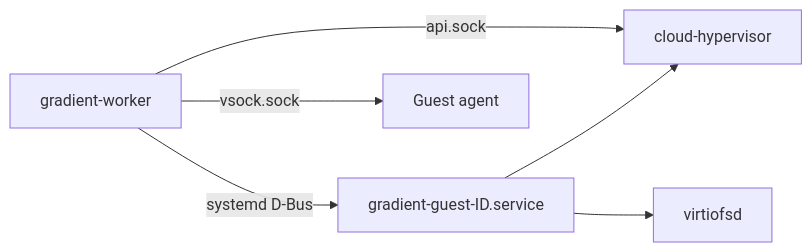
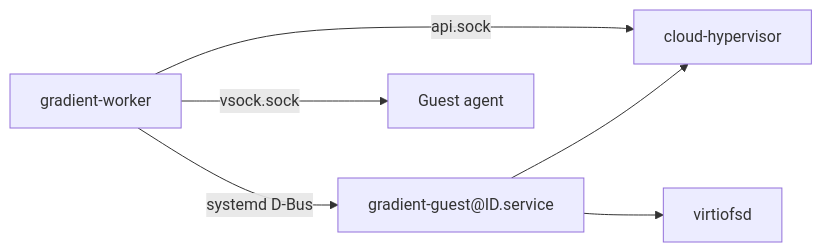
One commit to wavelens/gradient changed the third of 4 diagrams in docs/src/contributors/exec/index.md. Above: the diagram before and after it, drawn with Mermaid. The commit also changed other lines of this file and 6 other files, not shown here.

````diff
--- a/docs/src/contributors/exec/index.md
+++ b/docs/src/contributors/exec/index.md
@@ -218,8 +218,8 @@
 ```mermaid
 flowchart LR
-    worker["gradient-worker"] -- "systemd D-Bus" --> unit["gradient-guest-ID.service"]
+    worker["gradient-worker"] -- "systemd D-Bus" --> unit["gradient-guest@ID.service"]
     unit --> ch["cloud-hypervisor"]
     unit --> fs["virtiofsd"]
     worker -- "api.sock" --> ch
     worker -- "vsock.sock" --> agent["Guest agent"]
 ```
````
